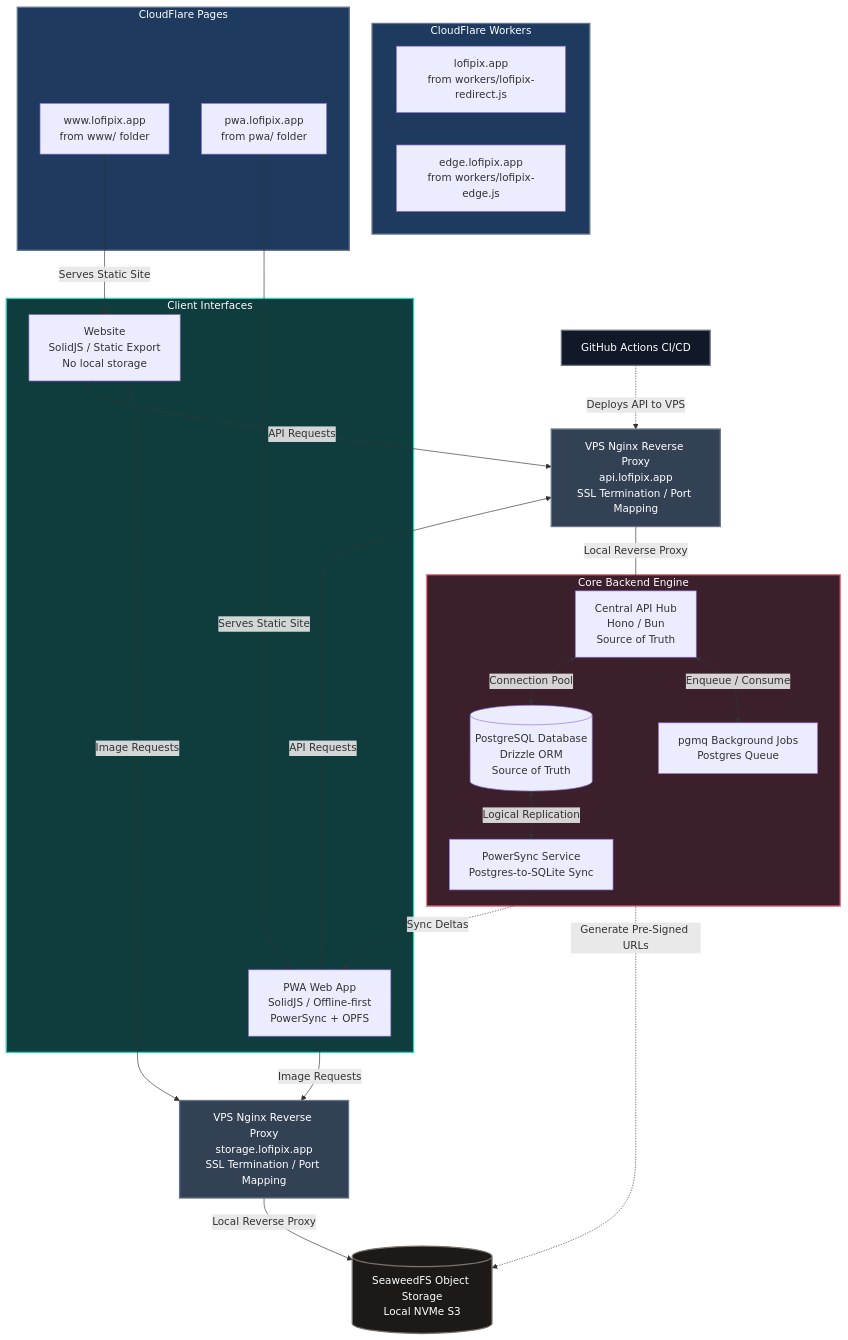
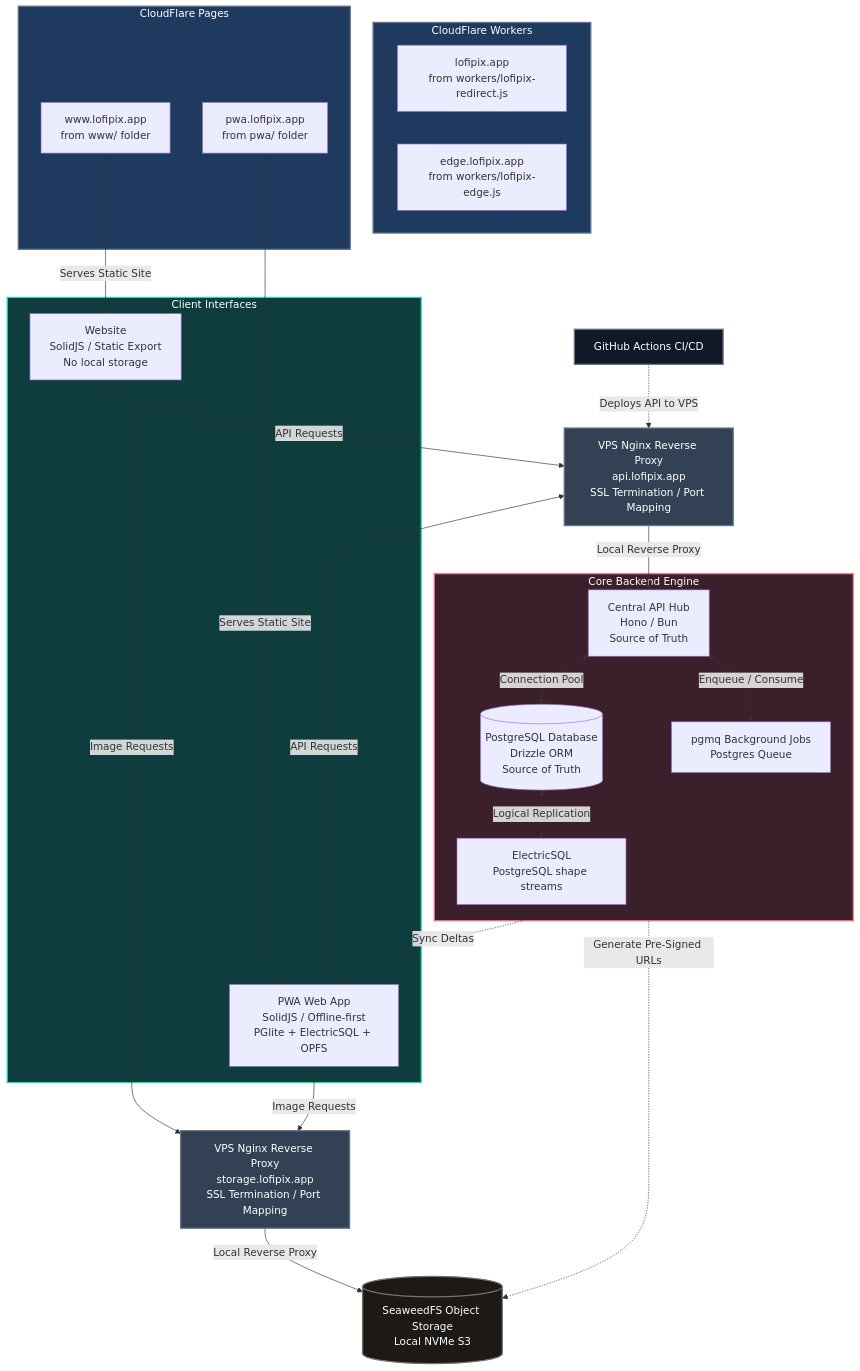
One commit to pchilton/lofipix changed the diagram in README.md. Above: the diagram before and after it, drawn with Mermaid. The commit also changed other lines of this file and 65 other files, not shown here.

Commit message:
switch from PowerSync to ElectricSQL

````diff
--- a/README.md
+++ b/README.md
@@ -33,63 +33,63 @@
 ```mermaid
 graph TD
     %% Static Hosting
     subgraph CFWorkers [CloudFlare Workers]
         CFRedirect[lofipix.app<br>from workers/lofipix-redirect.js]
         CFEdge[edge.lofipix.app<br>from workers/lofipix-edge.js]
     end
 
     subgraph CloudFlare [CloudFlare Pages]
         CFWeb[www.lofipix.app<br>from www/ folder]
         CFPWA[pwa.lofipix.app<br>from pwa/ folder]
     end
 
     %% Client Tier
     subgraph ClientInterfaces [Client Interfaces]
         Web[Website<br>SolidJS / Static Export<br>No local storage]
-        PWA[PWA Web App<br>SolidJS / Offline-first<br>PowerSync + OPFS]
+        PWA[PWA Web App<br>SolidJS / Offline-first<br>PGlite + ElectricSQL + OPFS]
     end
 
     %% Network Entry
     Proxy[VPS Nginx Reverse Proxy<br>api.lofipix.app<br>SSL Termination / Port Mapping]
 
     %% Deployment
     GHA[GitHub Actions CI/CD] -.->|Deploys API to VPS| Proxy
 
     %% Core Services
     subgraph CoreBackend [Core Backend Engine]
         API[Central API Hub<br>Hono / Bun<br>Source of Truth]
         DB[(PostgreSQL Database<br>Drizzle ORM<br>Source of Truth)]
-        Sync[PowerSync Service<br>Postgres-to-SQLite Sync]
+        Sync[ElectricSQL<br>PostgreSQL shape streams]
         Queue[pgmq Background Jobs<br>Postgres Queue]
     end
 
     StorageProxy[VPS Nginx Reverse Proxy<br>storage.lofipix.app<br>SSL Termination / Port Mapping]
 
     Storage[(SeaweedFS Object Storage<br>Local NVMe S3)]
 
     %% Hosting Routes
     CFWeb -->|Serves Static Site| Web
     CFPWA -->|Serves Static Site| PWA
 
     %% Traffic Routes
     Web & PWA -->|API Requests| Proxy
     Web & PWA -->|Image Requests| StorageProxy
     Proxy -->|Local Reverse Proxy| API
     API <-->|Connection Pool| DB
 
     API -.->|Generate Pre-Signed URLs| Storage
     StorageProxy -->|Local Reverse Proxy| Storage
     DB <-->|Logical Replication| Sync
     Sync -.->|Sync Deltas| PWA
     API <-->|Enqueue / Consume| Queue
 
     %% Layout Classes for Styling
     style CFWorkers fill:#1e3a5f,stroke:#64748b,stroke-width:2px,color:#fff
     style CloudFlare fill:#1e3a5f,stroke:#64748b,stroke-width:2px,color:#fff
     style ClientInterfaces fill:#0f3d3e,stroke:#2dd4bf,stroke-width:2px,color:#fff
     style CoreBackend fill:#3b1f2b,stroke:#fb7185,stroke-width:2px,color:#fff
     style Proxy fill:#334155,stroke:#64748b,stroke-width:2px,color:#fff
     style StorageProxy fill:#334155,stroke:#64748b,stroke-width:2px,color:#fff
     style Storage fill:#1c1917,stroke:#78716c,stroke-width:2px,color:#fff
     style GHA fill:#111827,stroke:#6b7280,stroke-width:2px,color:#fff
 ```
````
